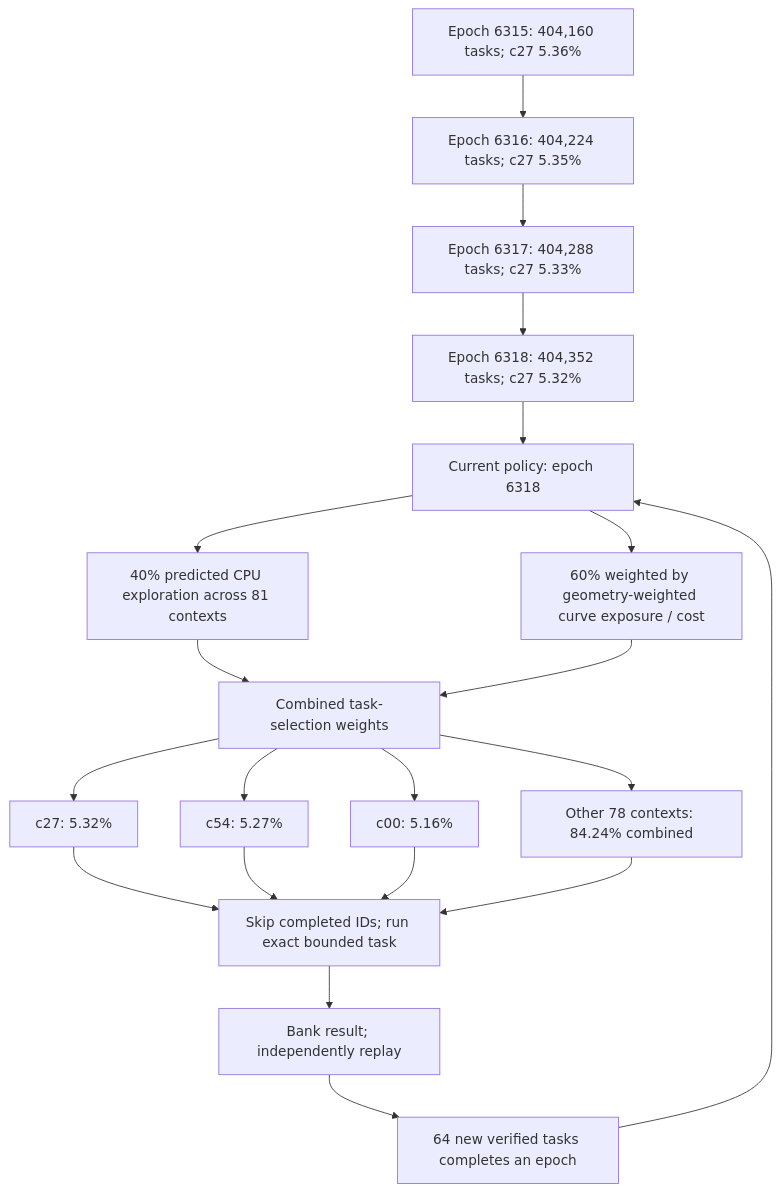
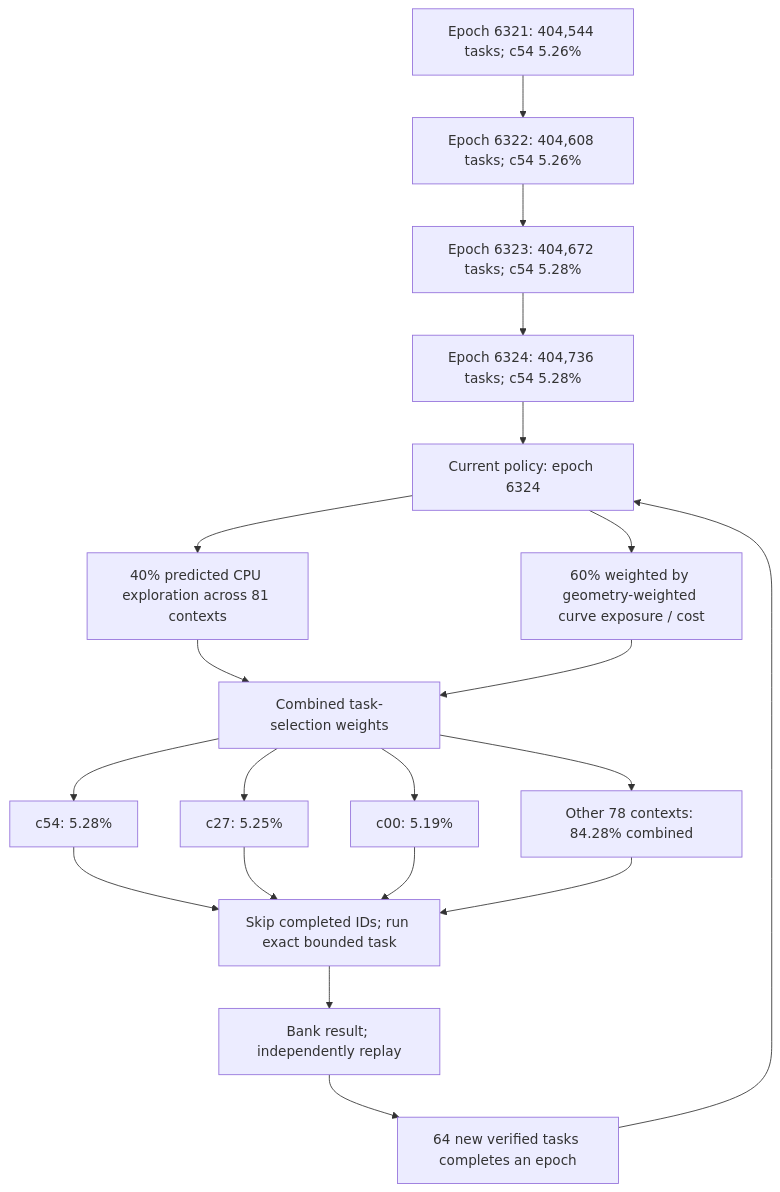
Before and after one commit to Kuberwastaken/math-gambling: the first of 4 diagrams in README.md, drawn with Mermaid. The commit also changed other lines of this file and 1473 other files, not shown here.

````diff
--- a/README.md
+++ b/README.md
@@ -60,27 +60,27 @@
 ```mermaid
 flowchart TD
-    H0["Epoch 6315: 404,160 tasks; c27 5.36%"]
-    H1["Epoch 6316: 404,224 tasks; c27 5.35%"]
+    H0["Epoch 6321: 404,544 tasks; c54 5.26%"]
+    H1["Epoch 6322: 404,608 tasks; c54 5.26%"]
     H0 --> H1
-    H2["Epoch 6317: 404,288 tasks; c27 5.33%"]
+    H2["Epoch 6323: 404,672 tasks; c54 5.28%"]
     H1 --> H2
-    H3["Epoch 6318: 404,352 tasks; c27 5.32%"]
+    H3["Epoch 6324: 404,736 tasks; c54 5.28%"]
     H2 --> H3
-    Policy["Current policy: epoch 6318"]
+    Policy["Current policy: epoch 6324"]
     H3 --> Policy
     Policy --> Explore["40% predicted CPU exploration across 81 contexts"]
     Policy --> Cost["60% weighted by geometry-weighted curve exposure / cost"]
     Explore --> Mix["Combined task-selection weights"]
     Cost --> Mix
-    Mix --> C0["c27: 5.32%"]
-    Mix --> C1["c54: 5.27%"]
-    Mix --> C2["c00: 5.16%"]
-    Mix --> Rest["Other 78 contexts: 84.24% combined"]
+    Mix --> C0["c54: 5.28%"]
+    Mix --> C1["c27: 5.25%"]
+    Mix --> C2["c00: 5.19%"]
+    Mix --> Rest["Other 78 contexts: 84.28% combined"]
     C0 --> Check["Skip completed IDs; run exact bounded task"]
     C1 --> Check
     C2 --> Check
     Rest --> Check
     Check --> Replay["Bank result; independently replay"]
     Replay --> Gate["64 new verified tasks completes an epoch"]
     Gate --> Policy
 ```
````
